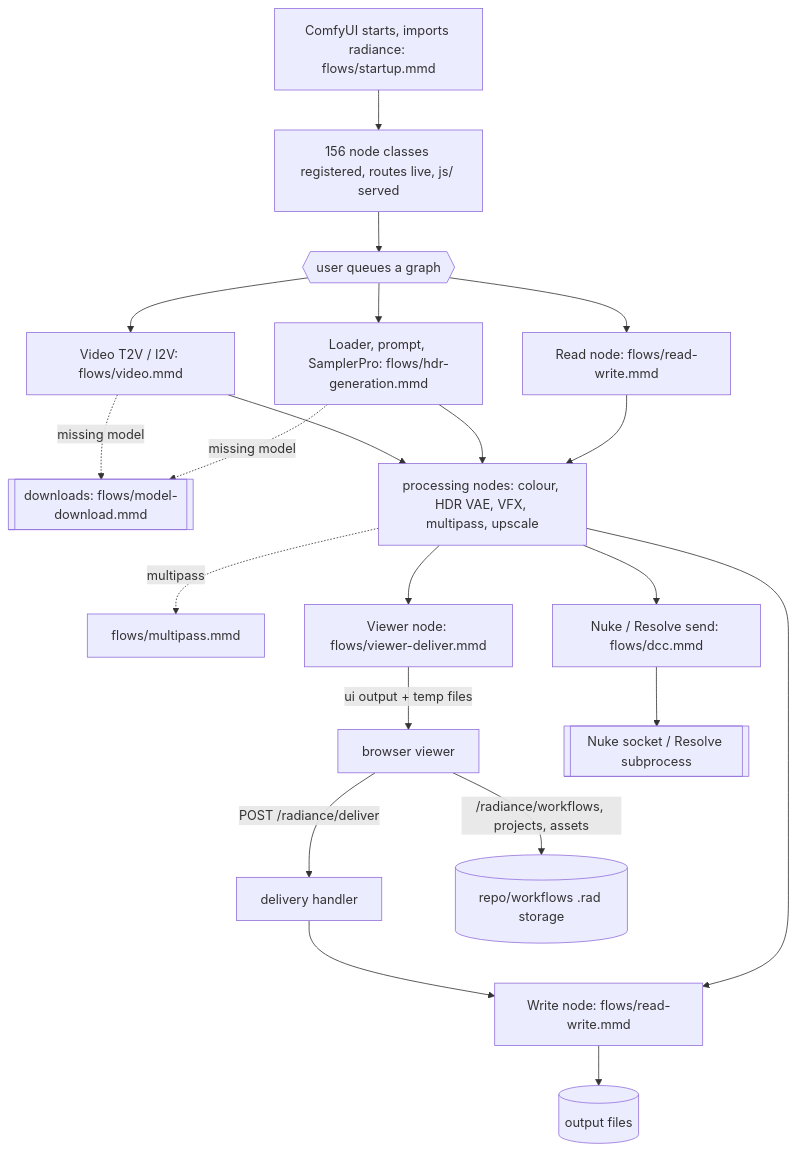
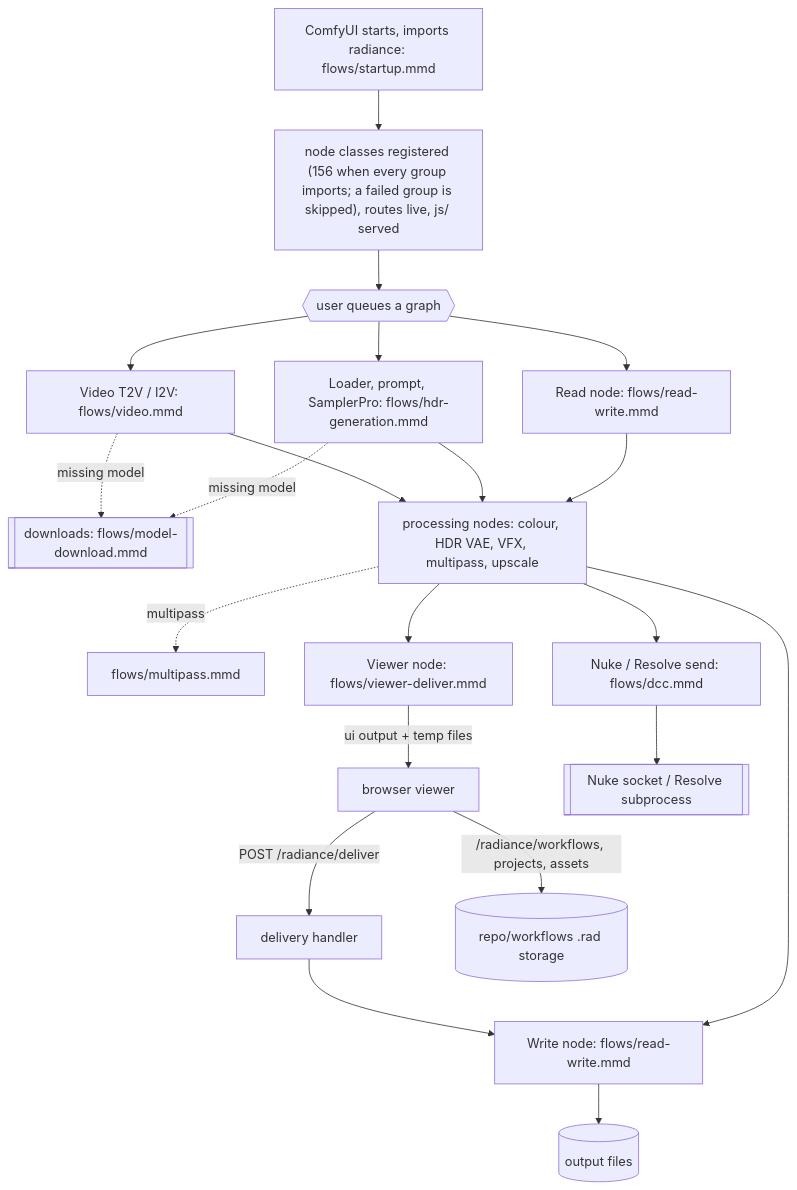
The diagram in docs/ai/diagrams/runtime-flow.mmd (FXTD-Studios/radiance), drawn with Mermaid before and after one commit. The commit also changed 6 other files, not shown here.

```diff
--- a/docs/ai/diagrams/runtime-flow.mmd
+++ b/docs/ai/diagrams/runtime-flow.mmd
@@ -1,24 +1,24 @@
 %% project-mapper:generated, static-analysis map (not a runtime trace), revision 7376f9e
 %% Lifecycle overview. Legend: solid = implemented call or data; dashed = conditional, failure, or optional;
 %% [[ ]] = external process or network. Detailed flows live in diagrams/flows/*.mmd (named in each box).
 flowchart TD
-    start["ComfyUI starts, imports radiance: flows/startup.mmd"] --> nodes["156 node classes registered, routes live, js/ served"]
+    start["ComfyUI starts, imports radiance: flows/startup.mmd"] --> nodes["node classes registered (156 when every group imports; a failed group is skipped), routes live, js/ served"]
     nodes --> q{{"user queues a graph"}}
     q --> gen["Loader, prompt, SamplerPro: flows/hdr-generation.mmd"]
     q --> rd["Read node: flows/read-write.mmd"]
     q --> vid["Video T2V / I2V: flows/video.mmd"]
     gen -.->|"missing model"| dl[["downloads: flows/model-download.mmd"]]
     vid -.->|"missing model"| dl
     rd --> proc["processing nodes: colour, HDR VAE, VFX, multipass, upscale"]
     gen --> proc
     vid --> proc
     proc -.->|"multipass"| mp["flows/multipass.mmd"]
     proc --> view["Viewer node: flows/viewer-deliver.mmd"]
     proc --> wr["Write node: flows/read-write.mmd"]
     proc --> dcc["Nuke / Resolve send: flows/dcc.mmd"]
     view -->|"ui output + temp files"| js["browser viewer"]
     js -->|"POST /radiance/deliver"| del["delivery handler"]
     del --> wr
     wr --> out[("output files")]
     dcc --> ext[["Nuke socket / Resolve subprocess"]]
     js -->|"/radiance/workflows, projects, assets"| ws[("repo/workflows .rad storage")]
```
